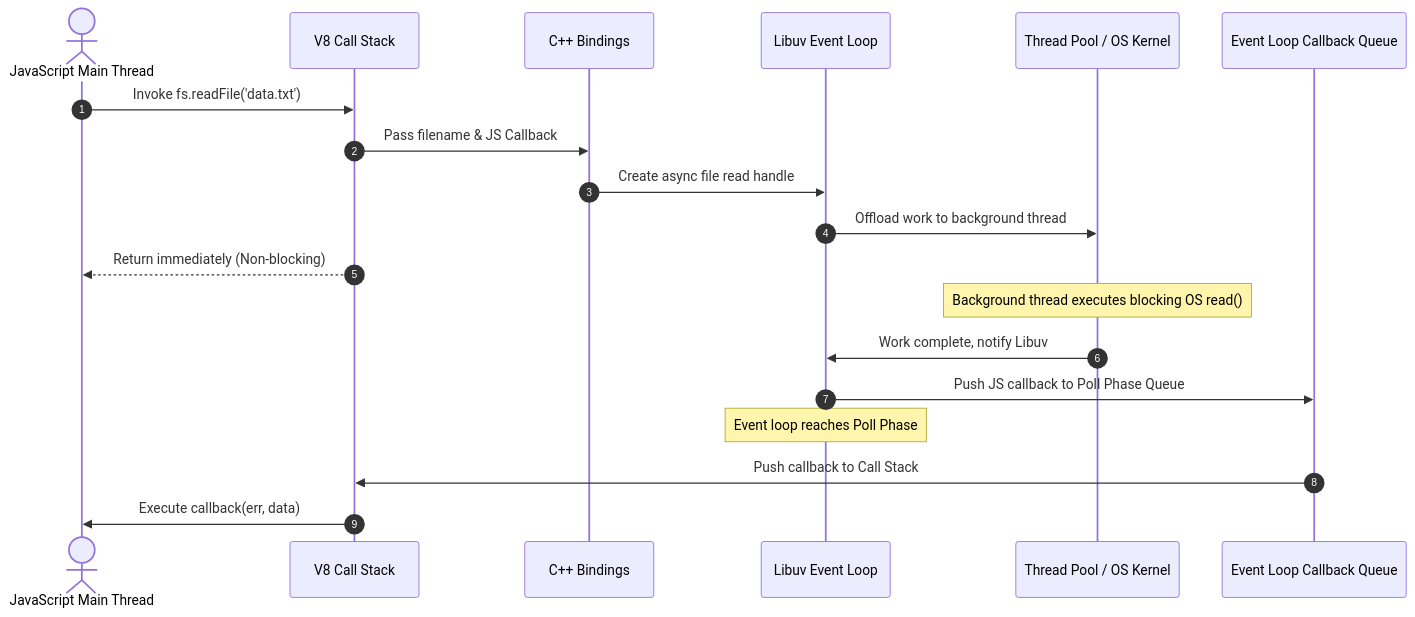
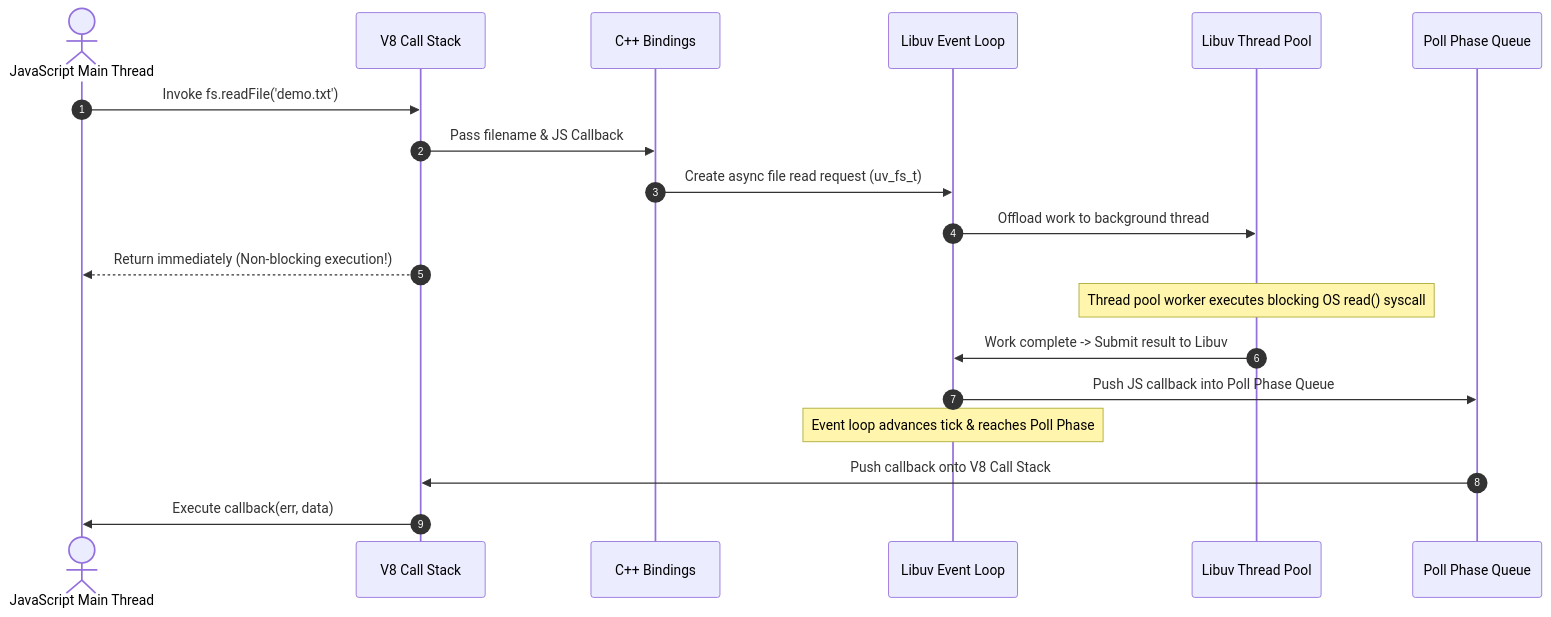
The fourth of 4 diagrams in nodejs-notes/01-node-architecture.md (Amie-dev/engineering-playbook), drawn with Mermaid before and after one commit. The commit also changed other lines of this file and 31 other files, not shown here.

````diff
--- a/nodejs-notes/01-node-architecture.md
+++ b/nodejs-notes/01-node-architecture.md
@@ -158,26 +229,26 @@
 ```mermaid
 sequenceDiagram
     autonumber
     actor App as JavaScript Main Thread
     participant V8 as V8 Call Stack
     participant Bindings as C++ Bindings
     participant Libuv as Libuv Event Loop
-    participant Worker as Thread Pool / OS Kernel
-    participant Queue as Event Loop Callback Queue
+    participant Worker as Libuv Thread Pool
+    participant Queue as Poll Phase Queue
 
-    App->>V8: Invoke fs.readFile('data.txt')
+    App->>V8: Invoke fs.readFile('demo.txt')
     V8->>Bindings: Pass filename & JS Callback
-    Bindings->>Libuv: Create async file read handle
+    Bindings->>Libuv: Create async file read request (uv_fs_t)
     Libuv->>Worker: Offload work to background thread
-    V8-->>App: Return immediately (Non-blocking)
+    V8-->>App: Return immediately (Non-blocking execution!)
+
+    Note over Worker: Thread pool worker executes blocking OS read() syscall
     
-    Note over Worker: Background thread executes blocking OS read()
+    Worker->>Libuv: Work complete -> Submit result to Libuv
+    Libuv->>Queue: Push JS callback into Poll Phase Queue
+
+    Note over Libuv: Event loop advances tick & reaches Poll Phase
     
-    Worker->>Libuv: Work complete, notify Libuv
-    Libuv->>Queue: Push JS callback to Poll Phase Queue
-    
-    Note over Libuv: Event loop reaches Poll Phase
-    
-    Queue->>V8: Push callback to Call Stack
+    Queue->>V8: Push callback onto V8 Call Stack
     V8->>App: Execute callback(err, data)
 ```
````
